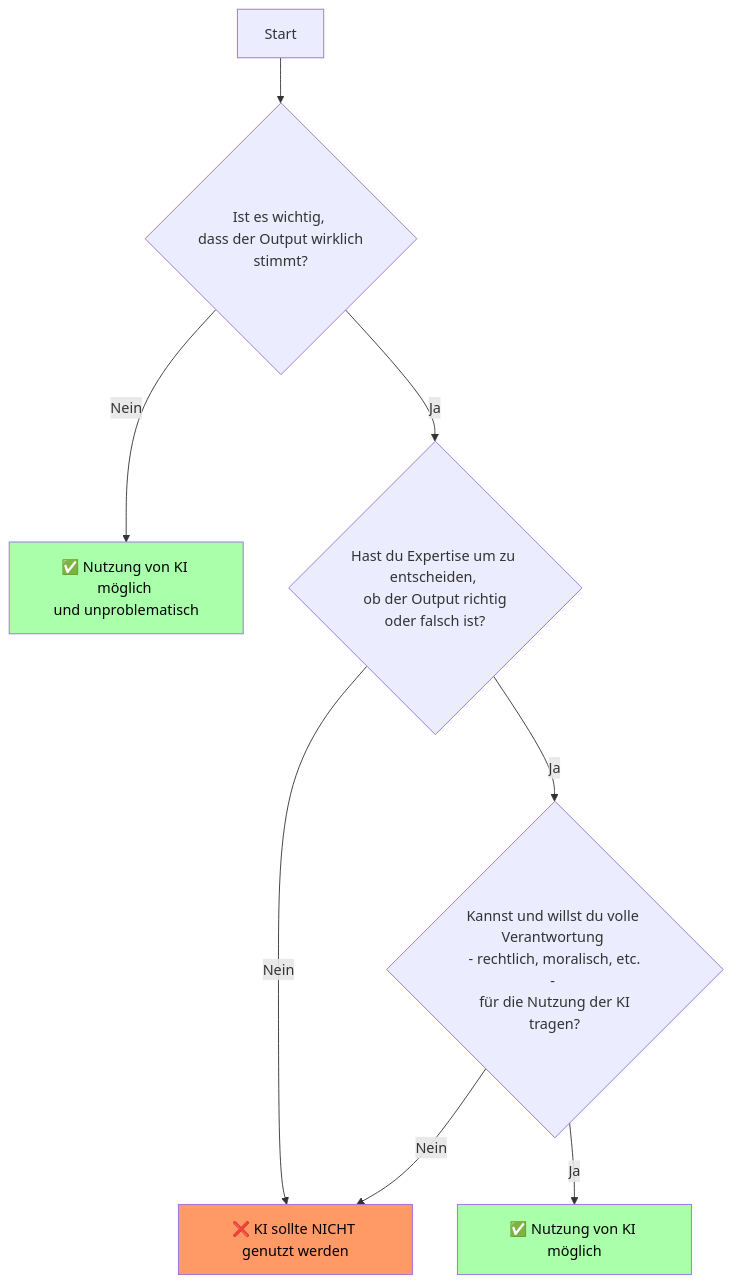
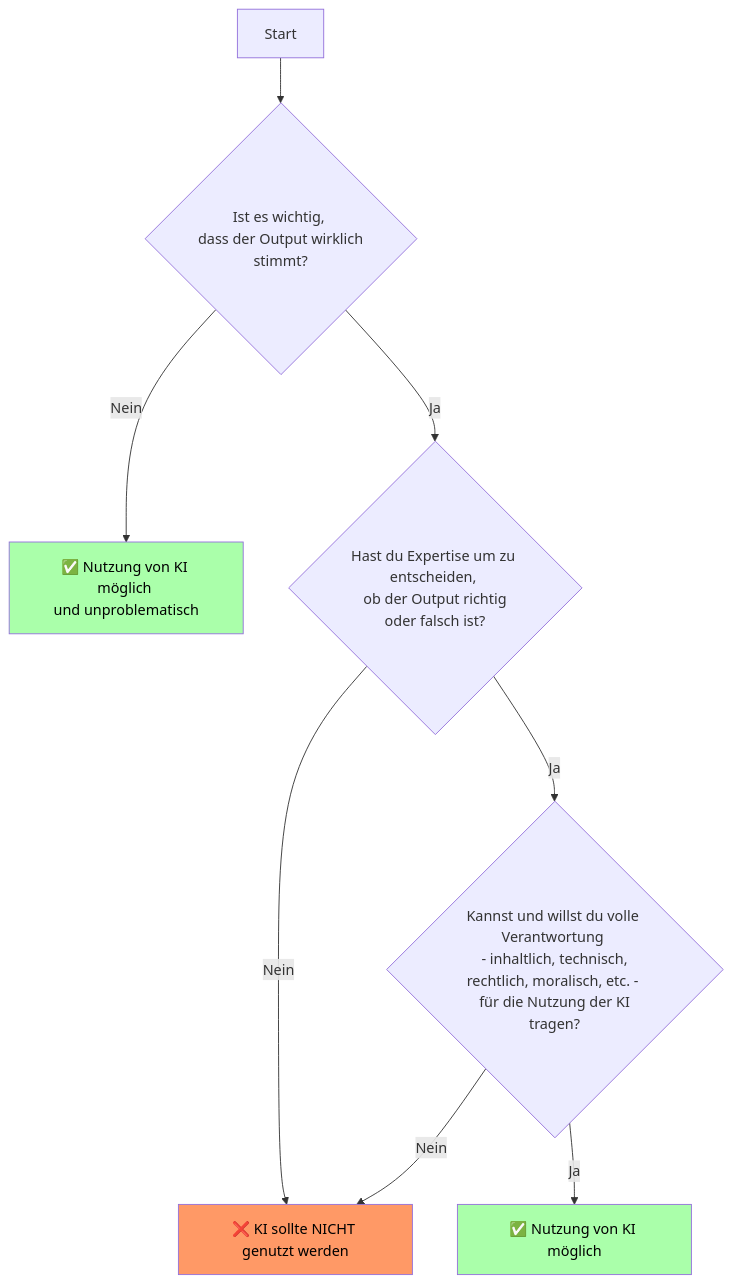
One commit to clander/voprogrammieren changed the first of 2 diagrams in Didaktik/Zentrale-Ideen.md. Above: the diagram before and after it, drawn with Mermaid.

````diff
--- a/Didaktik/Zentrale-Ideen.md
+++ b/Didaktik/Zentrale-Ideen.md
@@ -119,13 +119,13 @@
 ```mermaid
 flowchart TD
     A[Start] --> E1{Ist es wichtig, \n dass der Output wirklich stimmt?}
     E1 -->|Nein| B["✅ Nutzung von KI möglich \nund unproblematisch"]:::use
     E1 -->|Ja| E2{Hast du Expertise um zu entscheiden, \n ob der Output richtig oder falsch ist?}
     E2 -->|Nein| X["❌ KI sollte NICHT genutzt werden"]:::nouse
-    E2 -->|Ja| E3{Kannst und willst du volle Verantwortung \n - rechtlich, moralisch, etc. - \n für die Nutzung der KI tragen?}
+    E2 -->|Ja| E3{Kannst und willst du volle Verantwortung \n - inhaltlich, technisch, rechtlich, moralisch, etc. - \n für die Nutzung der KI tragen?}
     E3 -->|Ja| OK["✅ Nutzung von KI möglich"]:::use
     E3 -->|Nein| X
 
     classDef nouse fill:#f96, color:#000
     classDef use fill:#afa, color:#000
 ```
````
